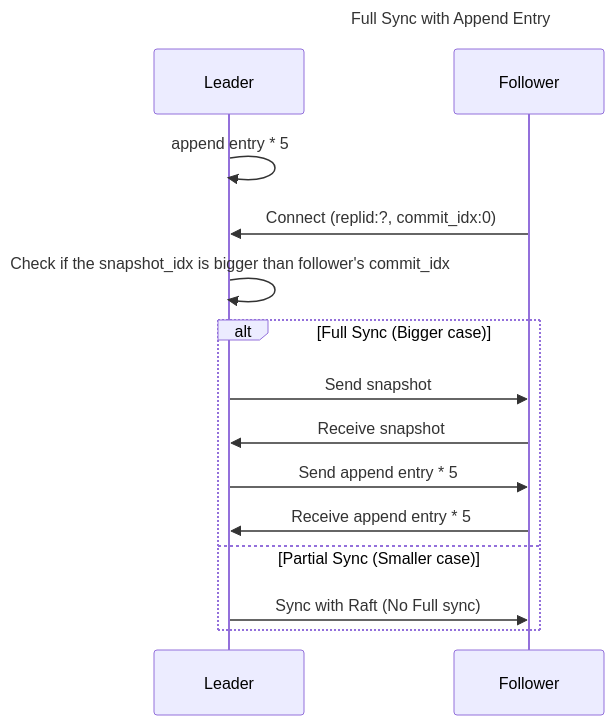
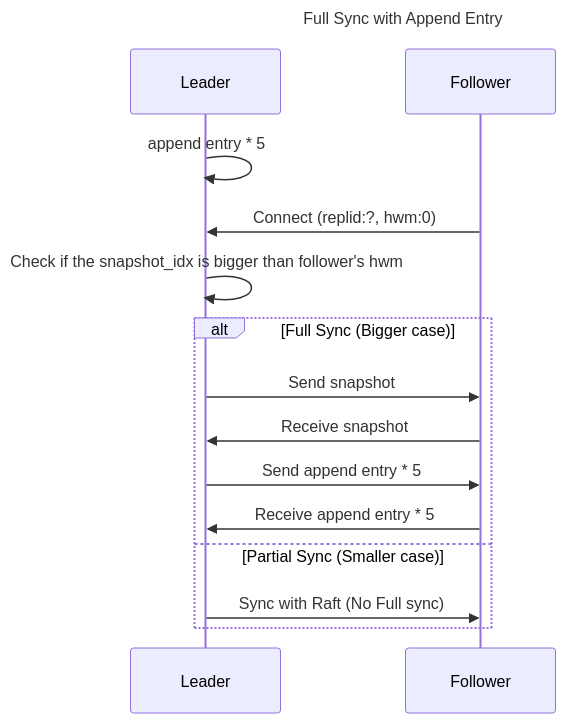
Before and after one commit to Migorithm/duva: the diagram in diagrams/full_sync_scenario_with_append_entry.mmd, drawn with Mermaid. The commit also changed 13 other files, not shown here.

Commit message:
rename: commit idx to high water mark

```diff
--- a/diagrams/full_sync_scenario_with_append_entry.mmd
+++ b/diagrams/full_sync_scenario_with_append_entry.mmd
@@ -1,17 +1,17 @@
 ---
 title: Full Sync with Append Entry
 ---
 sequenceDiagram
     participant L as Leader
     participant F as Follower
     L ->> L: append entry * 5
-    F ->> L: Connect (replid:?, commit_idx:0)
-    L ->> L: Check if the snapshot_idx is bigger than follower's commit_idx
+    F ->> L: Connect (replid:?, hwm:0)
+    L ->> L: Check if the snapshot_idx is bigger than follower's hwm
     alt Full Sync (Bigger case)
         L ->> F: Send snapshot
         F ->> L: Receive snapshot
         L ->> F: Send append entry * 5
         F ->> L: Receive append entry * 5
     else Partial Sync (Smaller case)
         L ->> F: Sync with Raft (No Full sync)
     end
```
